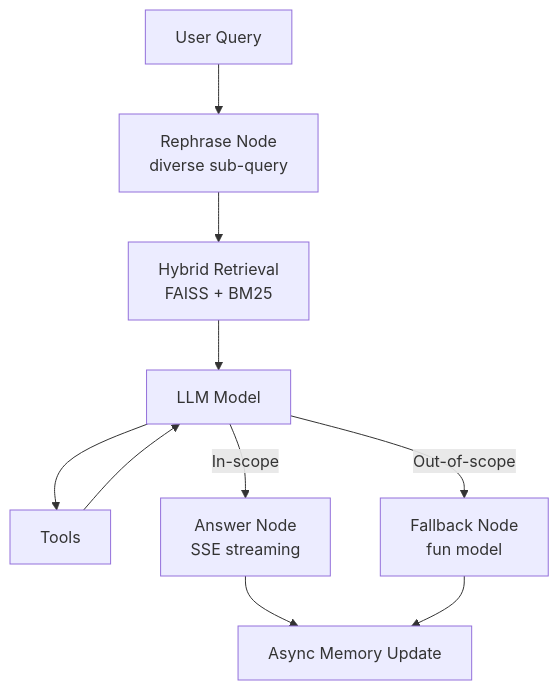
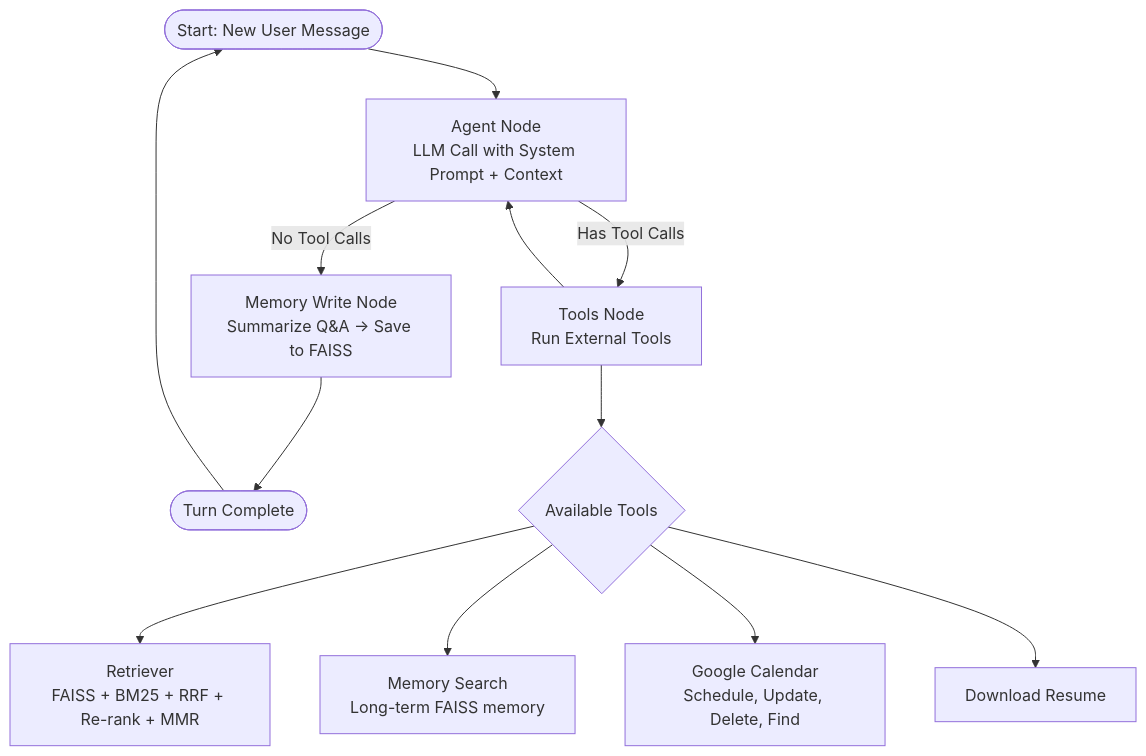
One commit to krishna-dhulipalla/LangGraph_ChatBot changed the diagram in README.md. Above: the diagram before and after it, drawn with Mermaid.

````diff
--- a/README.md
+++ b/README.md
@@ -37,12 +37,25 @@
 ```mermaid
 flowchart TD
-    A[User Query] --> B[Rephrase Node<br/>diverse sub-query]
-    B --> C[Hybrid Retrieval<br/>FAISS + BM25]
-    C --> D[LLM Model]
-    D --> H[Tools]
-    H --> D
-    D -- In-scope --> E[Answer Node<br/>SSE streaming]
-    D -- Out-of-scope --> F[Fallback Node<br/>fun model]
-    E --> G[Async Memory Update]
-    F --> G[Async Memory Update]
+    START([Start: New User Message]) --> A[Agent Node<br/>LLM Call with System Prompt + Context]
+
+    %% Conditional edges
+    A -->|Has Tool Calls| B[Tools Node<br/>Run External Tools]
+    A -->|No Tool Calls| C[Memory Write Node<br/>Summarize Q&A → Save to FAISS]
+
+    %% Loop back when tools are used
+    B --> A
+
+    %% End path
+    C --> END([Turn Complete])
+
+    %% Restart on next user input
+    END --> START
+
+    %% Expand what "Tools" includes
+    B --> D{Available Tools}
+    D --> D1[Retriever<br/>FAISS + BM25 + RRF + Re-rank + MMR]
+    D --> D2[Memory Search<br/>Long-term FAISS memory]
+    D --> D3[Google Calendar<br/>Schedule, Update, Delete, Find]
+    D --> D4[Download Resume]
+
 ```
````
